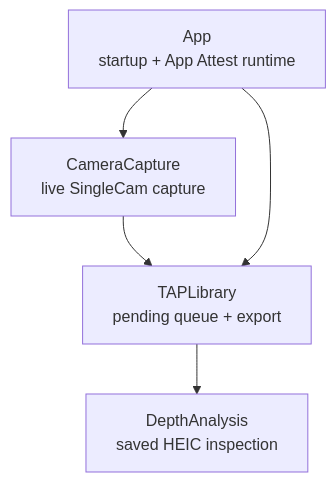
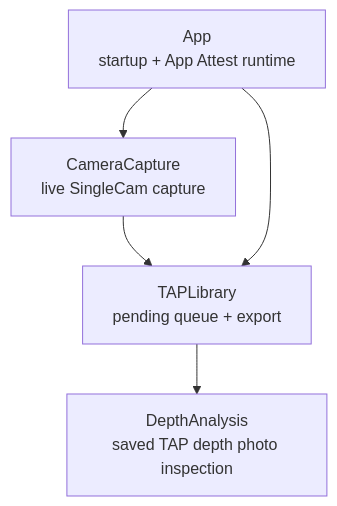
The diagram in TAPCamDemo/README.md (TAP-NAP/TAPCamDemo), drawn with Mermaid before and after one commit. The commit also changed other lines of this file and 75 other files, not shown here.

Commit message:
Refine capture and diagnostics flow

````diff
--- a/TAPCamDemo/README.md
+++ b/TAPCamDemo/README.md
@@ -8,12 +8,12 @@
 ```mermaid
 flowchart TD
     App["App\nstartup + App Attest runtime"] --> Camera["CameraCapture\nlive SingleCam capture"]
     Camera --> Library["TAPLibrary\npending queue + export"]
-    Library --> Analysis["DepthAnalysis\nsaved HEIC inspection"]
+    Library --> Analysis["DepthAnalysis\nsaved TAP depth photo inspection"]
     App --> Library
 
     click App "App/README.md"
     click Camera "CameraCapture/README.md"
     click Library "TAPLibrary/README.md"
     click Analysis "DepthAnalysis/README.md"
 ```
````
